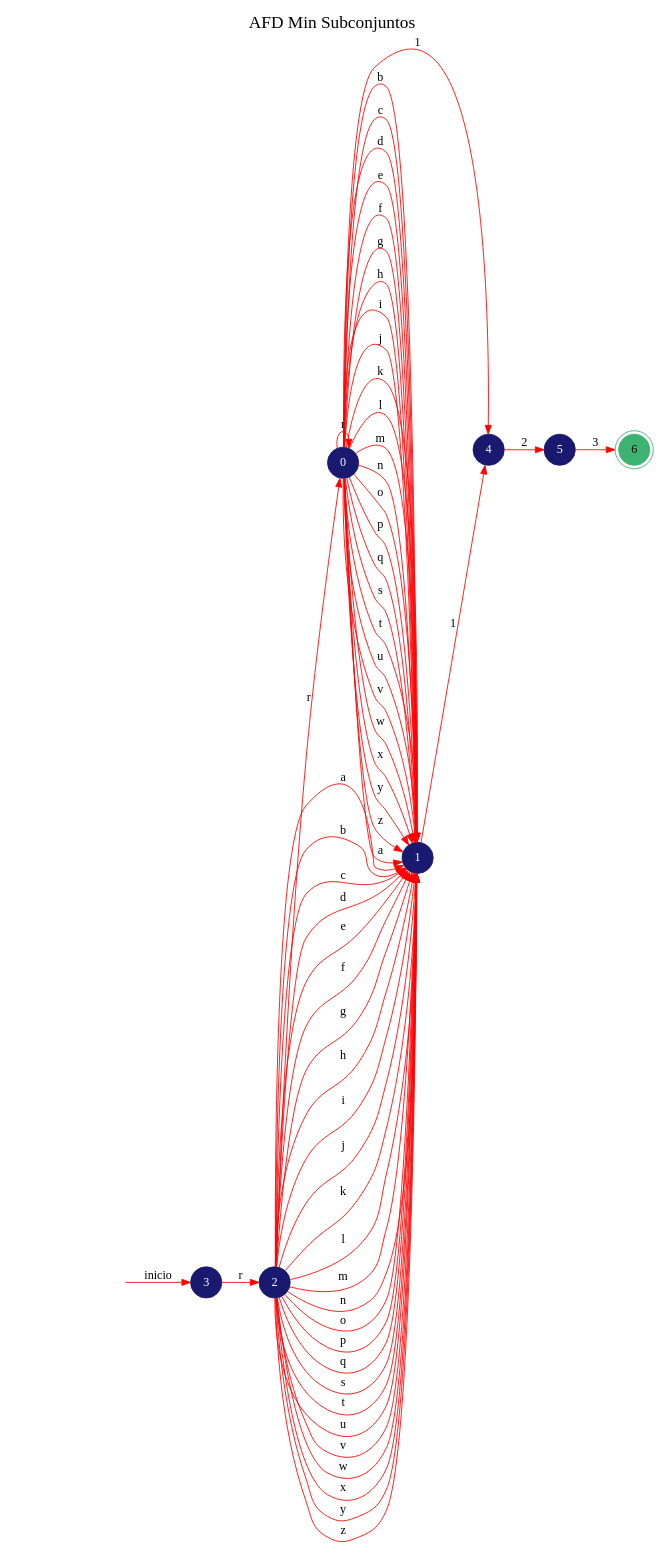
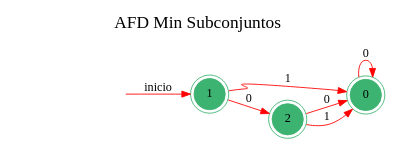
Before and after one commit to fcpauldiaz-archive/Automata: the diagram in GeneracionAutomatas/DOT/AFD Min Subconjuntos.dot, drawn with Graphviz. The commit also changed 32 other files, not shown here.

```diff
--- a/GeneracionAutomatas/DOT/AFD Min Subconjuntos.dot
+++ b/GeneracionAutomatas/DOT/AFD Min Subconjuntos.dot
@@ -1,67 +1,15 @@
 digraph automata_finito {
 	rankdir=LR;
 	graph [label="AFD Min Subconjuntos", labelloc=t, fontsize=20]; 
-	node [shape=doublecircle, style = filled,color = mediumseagreen]; 6;
+	node [shape=doublecircle, style = filled,color = mediumseagreen]; 0 0 1 2;
 	node [shape=circle];
 	node [color=midnightblue,fontcolor=white];
 	edge [color=red];
 	secret_node [style=invis];
-	secret_node -> 3 [label="inicio"];
-	0 -> 1 [label="a"];
-	0 -> 1 [label="b"];
-	0 -> 1 [label="c"];
-	0 -> 1 [label="d"];
-	0 -> 1 [label="e"];
-	0 -> 1 [label="f"];
-	0 -> 1 [label="g"];
-	0 -> 1 [label="h"];
-	0 -> 1 [label="i"];
-	0 -> 1 [label="j"];
-	0 -> 1 [label="k"];
-	0 -> 1 [label="l"];
-	0 -> 1 [label="m"];
-	0 -> 1 [label="n"];
-	0 -> 1 [label="o"];
-	0 -> 1 [label="p"];
-	0 -> 1 [label="q"];
-	0 -> 4 [label="1"];
-	0 -> 0 [label="r"];
-	0 -> 1 [label="s"];
-	0 -> 1 [label="t"];
-	0 -> 1 [label="u"];
-	0 -> 1 [label="v"];
-	0 -> 1 [label="w"];
-	0 -> 1 [label="x"];
-	0 -> 1 [label="y"];
-	0 -> 1 [label="z"];
-	1 -> 4 [label="1"];
-	2 -> 1 [label="a"];
-	2 -> 1 [label="b"];
-	2 -> 1 [label="c"];
-	2 -> 1 [label="d"];
-	2 -> 1 [label="e"];
-	2 -> 1 [label="f"];
-	2 -> 1 [label="g"];
-	2 -> 1 [label="h"];
-	2 -> 1 [label="i"];
-	2 -> 1 [label="j"];
-	2 -> 1 [label="k"];
-	2 -> 1 [label="l"];
-	2 -> 1 [label="m"];
-	2 -> 1 [label="n"];
-	2 -> 1 [label="o"];
-	2 -> 1 [label="p"];
-	2 -> 1 [label="q"];
-	2 -> 0 [label="r"];
-	2 -> 1 [label="s"];
-	2 -> 1 [label="t"];
-	2 -> 1 [label="u"];
-	2 -> 1 [label="v"];
-	2 -> 1 [label="w"];
-	2 -> 1 [label="x"];
-	2 -> 1 [label="y"];
-	2 -> 1 [label="z"];
-	3 -> 2 [label="r"];
-	4 -> 5 [label="2"];
-	5 -> 6 [label="3"];
+	secret_node -> 1 [label="inicio"];
+	0 -> 0 [label="0"];
+	1 -> 2 [label="0"];
+	1 -> 0 [label="1"];
+	2 -> 0 [label="0"];
+	2 -> 0 [label="1"];
 }
```
